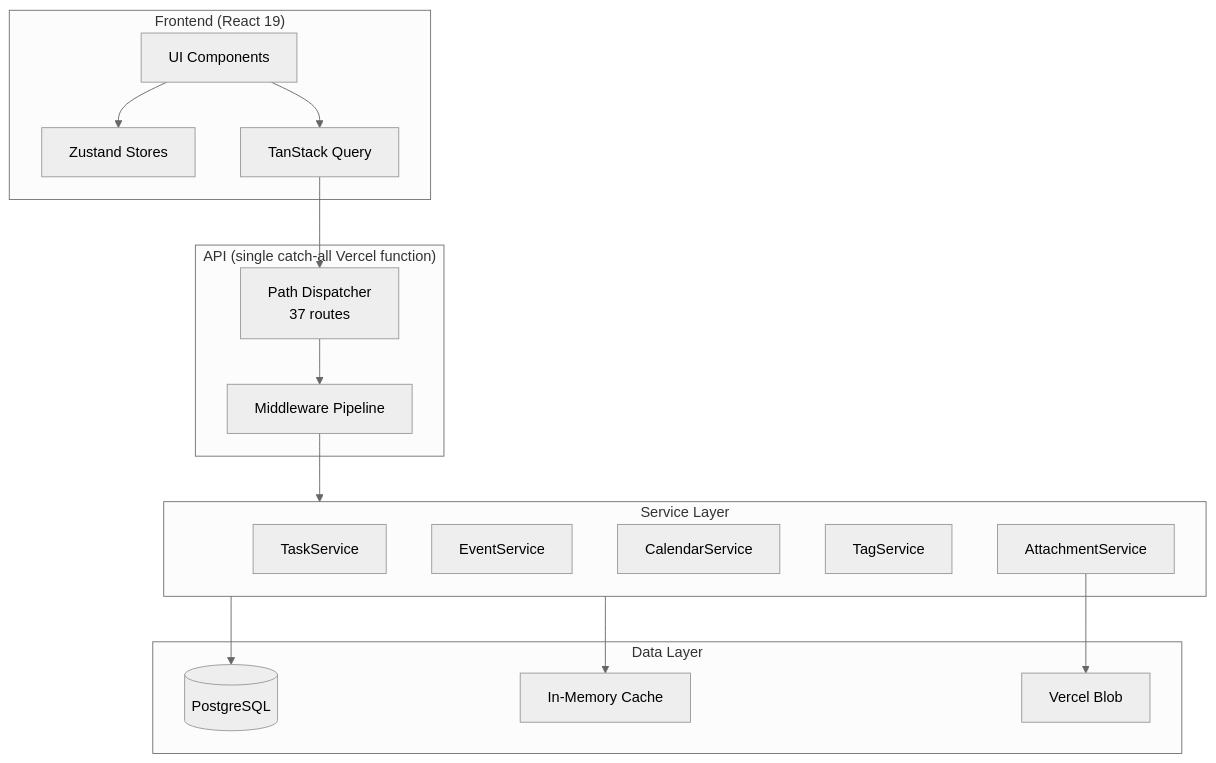
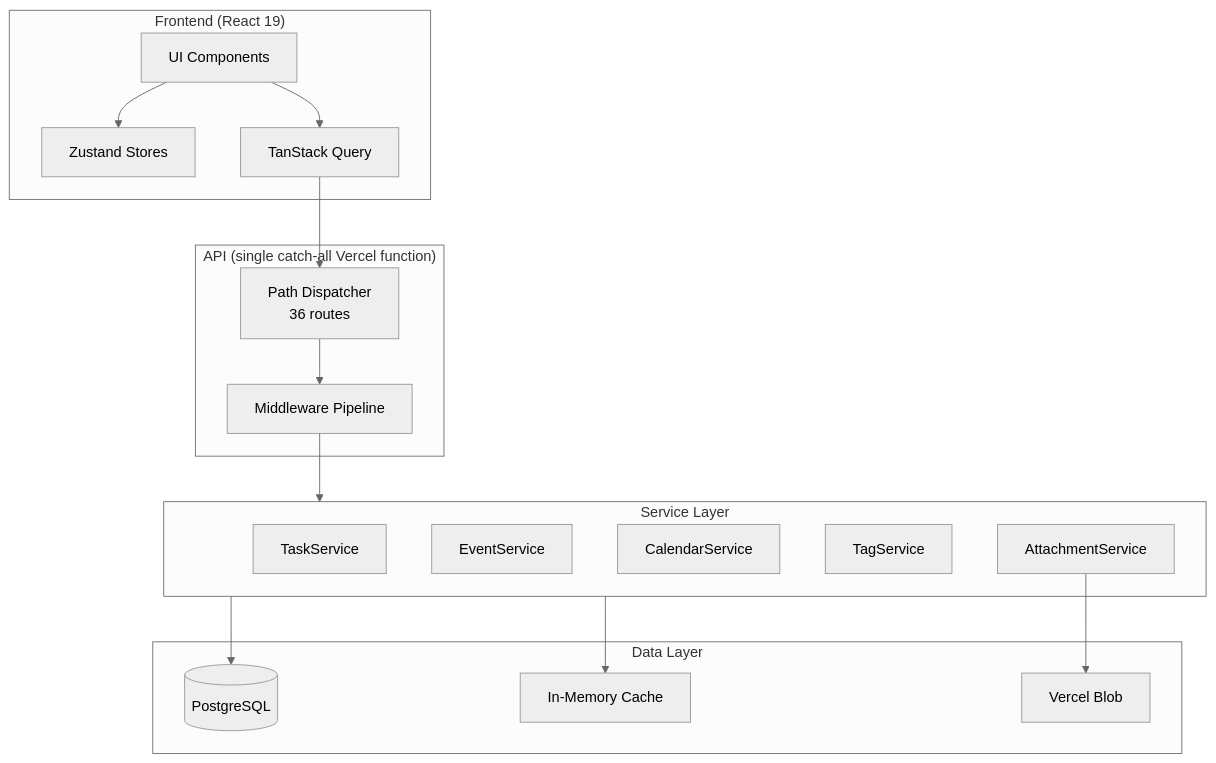
Before and after one commit to yadava5/cadence: the first of 4 diagrams in README.md, drawn with Mermaid (neutral theme). The commit also changed other lines of this file and 3 other files, not shown here.

````diff
--- a/README.md
+++ b/README.md
@@ -108,36 +108,36 @@
 ```mermaid
 flowchart TB
     subgraph Frontend["Frontend (React 19)"]
         UI[UI Components]
         Zustand[Zustand Stores]
         TanStack[TanStack Query]
     end
 
     subgraph API["API (single catch-all Vercel function)"]
-        Dispatch[Path Dispatcher<br/>37 routes]
+        Dispatch[Path Dispatcher<br/>36 routes]
         Middleware[Middleware Pipeline]
     end
 
     subgraph Services["Service Layer"]
         TaskSvc[TaskService]
         EventSvc[EventService]
         CalSvc[CalendarService]
         TagSvc[TagService]
         AttachSvc[AttachmentService]
     end
 
     subgraph Data["Data Layer"]
         PG[(PostgreSQL)]
         Cache[In-Memory Cache]
         Blob[Vercel Blob]
     end
 
     UI --> Zustand
     UI --> TanStack
     TanStack --> Dispatch
     Dispatch --> Middleware
     Middleware --> Services
     Services --> PG
     Services --> Cache
     AttachSvc --> Blob
 ```
````
